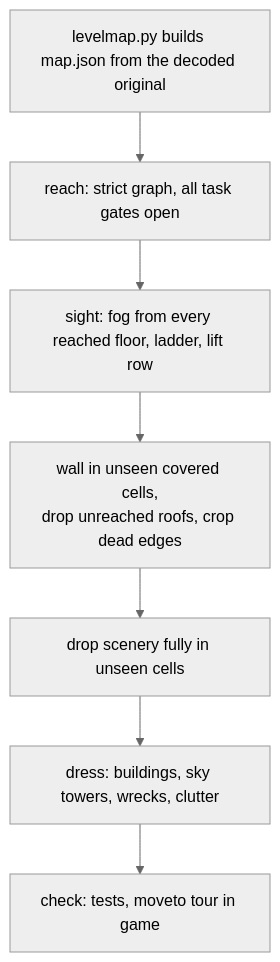
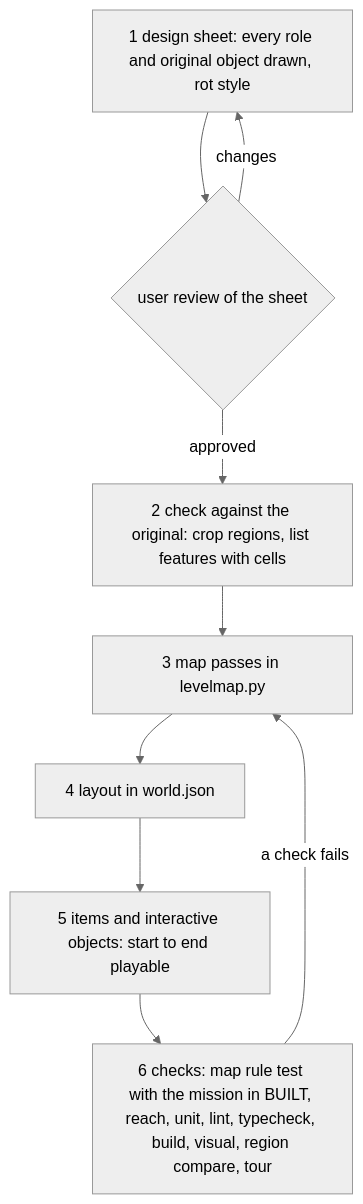
One commit to pilniczek/colony2080 changed the diagram in docs/blueprints/map-composition.md. Above: the diagram before and after it, drawn with Mermaid (neutral theme). The commit also changed other lines of this file and 2 other files, not shown here.

First line of the commit message:
Rewrite map composition blueprint for any mission

````diff
--- a/docs/blueprints/map-composition.md
+++ b/docs/blueprints/map-composition.md
@@ -17,9 +20,11 @@
 ```mermaid
 flowchart TD
-  A[levelmap.py builds map.json from the decoded original] --> B[reach: strict graph, all task gates open]
-  B --> C[sight: fog from every reached floor, ladder, lift row]
-  C --> D[wall in unseen covered cells,<br/>drop unreached roofs, crop dead edges]
-  D --> E[drop scenery fully in unseen cells]
-  E --> F[dress: buildings, sky towers, wrecks, clutter]
-  F --> G[check: tests, moveto tour in game]
+  A[1 design sheet: every role and original object drawn, rot style] --> AG{user review of the sheet}
+  AG -- changes --> A
+  AG -- approved --> B[2 check against the original: crop regions, list features with cells]
+  B --> C[3 map passes in levelmap.py]
+  C --> D[4 layout in world.json]
+  D --> E[5 items and interactive objects: start to end playable]
+  E --> F[6 checks: map rule test with the mission in BUILT, reach, unit, lint, typecheck, build, visual, region compare, tour]
+  F -- a check fails --> C
 ```
````
